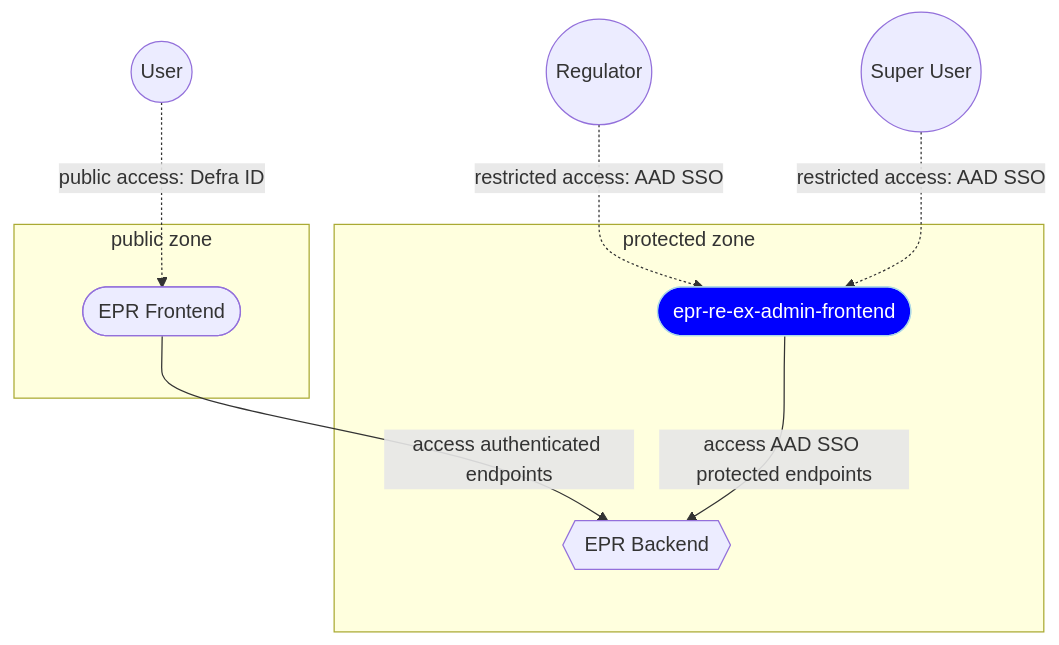
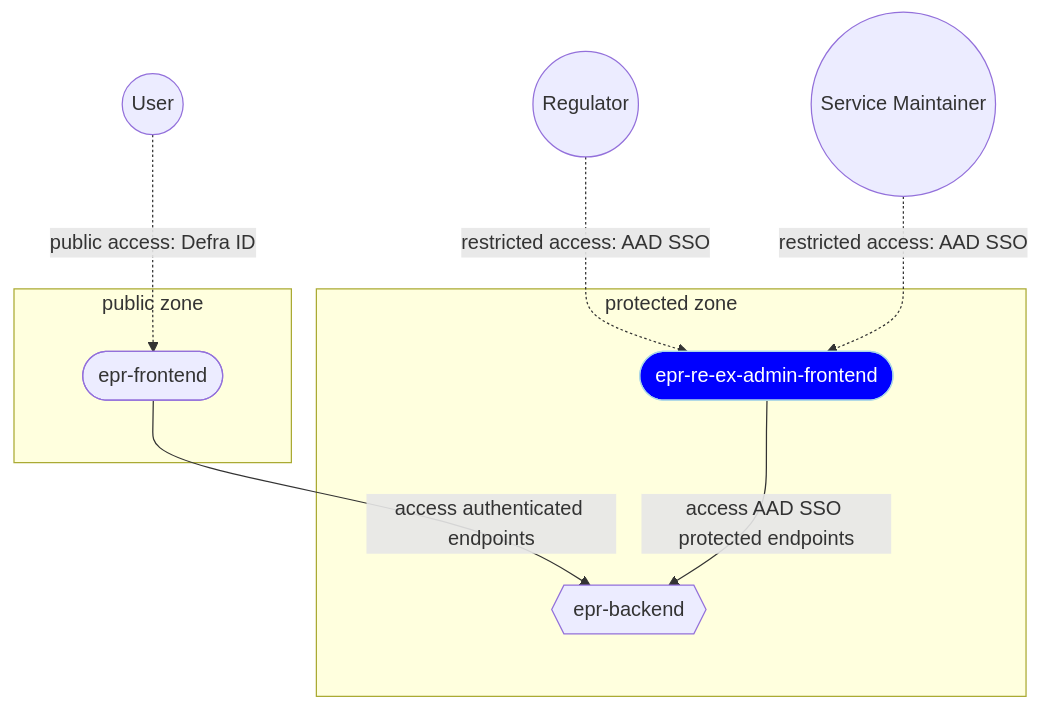
Before and after one commit to DEFRA/epr-backend: the diagram in docs/architecture/decisions/0005-admin-ui-adr.md, drawn with Mermaid. The commit also changed other lines of this file, not shown here.

Commit message:
PAE-217: A few small tweaks

````diff
--- a/docs/architecture/decisions/0005-admin-ui-adr.md
+++ b/docs/architecture/decisions/0005-admin-ui-adr.md
@@ -39,35 +39,35 @@
 ```mermaid
 flowchart TD;
     USER((User))
-    SUPER-USER((Super User))
+    SUPER-USER((Service Maintainer))
     REGULATOR((Regulator))
 
   classDef invisible opacity:0
   classDef adminBox fill:blue,stroke:lightblue,color:white
 
   subgraph protected zone
     subgraph PROTECTED-ZONE-NESTED
       EPR-ADMIN-UI([epr-re-ex-admin-frontend])
-      EPR-BACKEND{{EPR Backend}}
+      EPR-BACKEND{{epr-backend}}
     end
   end
 
   subgraph public zone
     subgraph PUBLIC-ZONE-NESTED
-      EPR-FRONTEND([EPR Frontend])
+      EPR-FRONTEND([epr-frontend])
     end
   end
 
   PROTECTED-ZONE-NESTED:::invisible
   PUBLIC-ZONE-NESTED:::invisible
   EPR-ADMIN-UI:::adminBox
 
 
   USER-. public access: Defra ID .->EPR-FRONTEND;
   REGULATOR-. restricted access: AAD SSO .->EPR-ADMIN-UI;
   SUPER-USER-. restricted access: AAD SSO .->EPR-ADMIN-UI;
 
 
   EPR-FRONTEND--access authenticated endpoints -->EPR-BACKEND;
   EPR-ADMIN-UI--access AAD SSO protected endpoints -->EPR-BACKEND;
 ```
````
